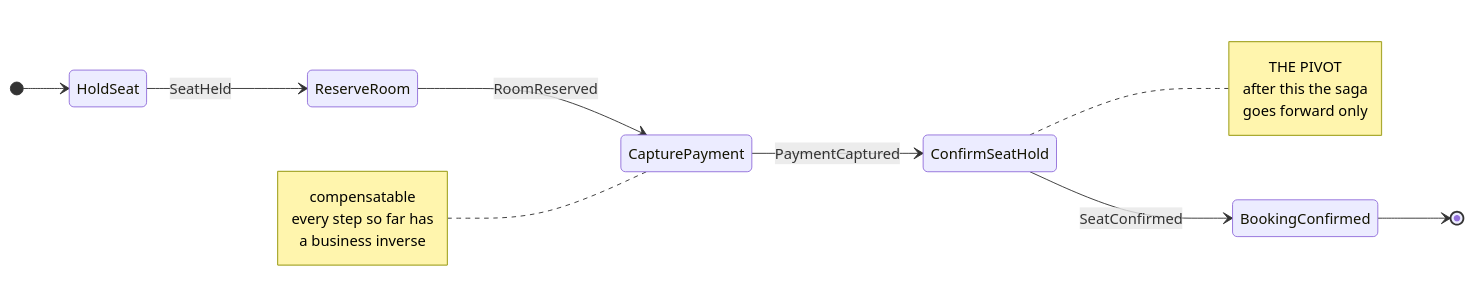
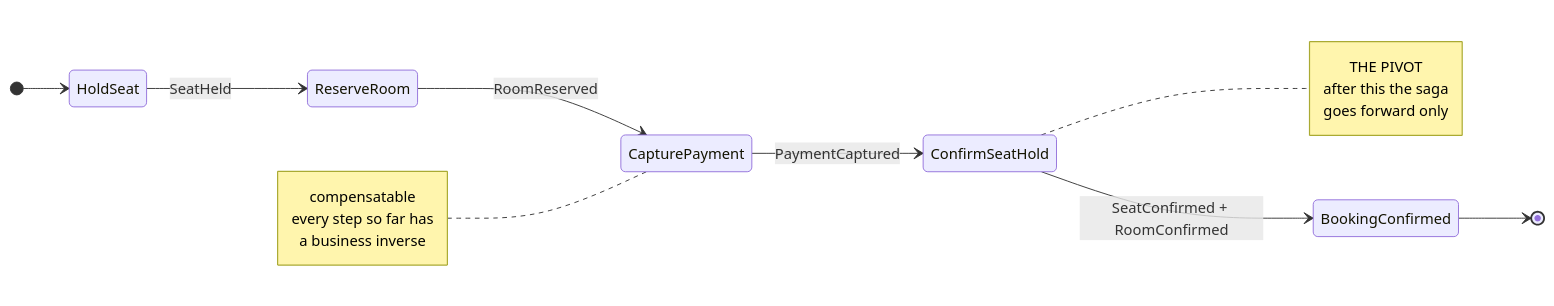
The third of 4 diagrams in docs/architecture.md (AymanKastali/sagaflow), drawn with Mermaid before and after one commit. The commit also changed other lines of this file and 18 other files, not shown here.

````diff
--- a/docs/architecture.md
+++ b/docs/architecture.md
@@ -161,21 +161,21 @@
 ```mermaid
 stateDiagram-v2
     direction LR
     [*] --> HoldSeat
     HoldSeat --> ReserveRoom: SeatHeld
     ReserveRoom --> CapturePayment: RoomReserved
     CapturePayment --> ConfirmSeatHold: PaymentCaptured
-    ConfirmSeatHold --> BookingConfirmed: SeatConfirmed
+    ConfirmSeatHold --> BookingConfirmed: SeatConfirmed + RoomConfirmed
     BookingConfirmed --> [*]
 
     note left of CapturePayment
         compensatable
         every step so far has
         a business inverse
     end note
     note right of ConfirmSeatHold
         THE PIVOT
         after this the saga
         goes forward only
     end note
 ```
````
